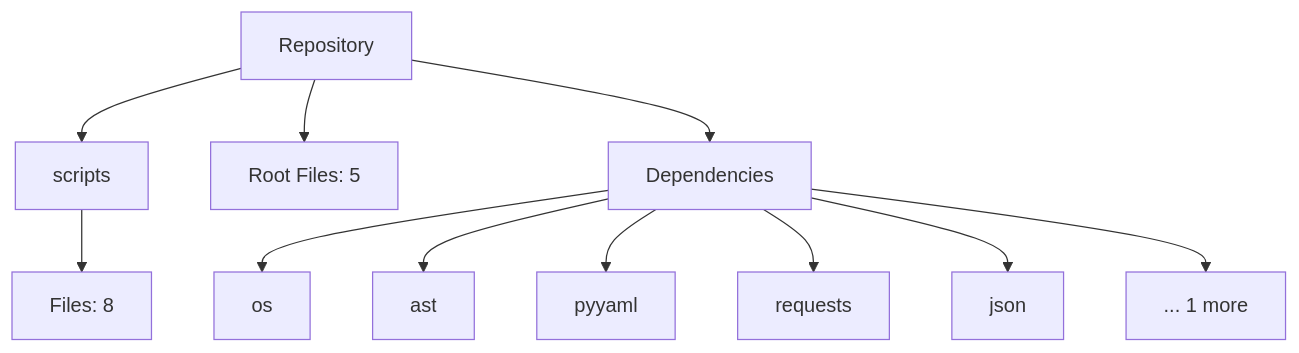
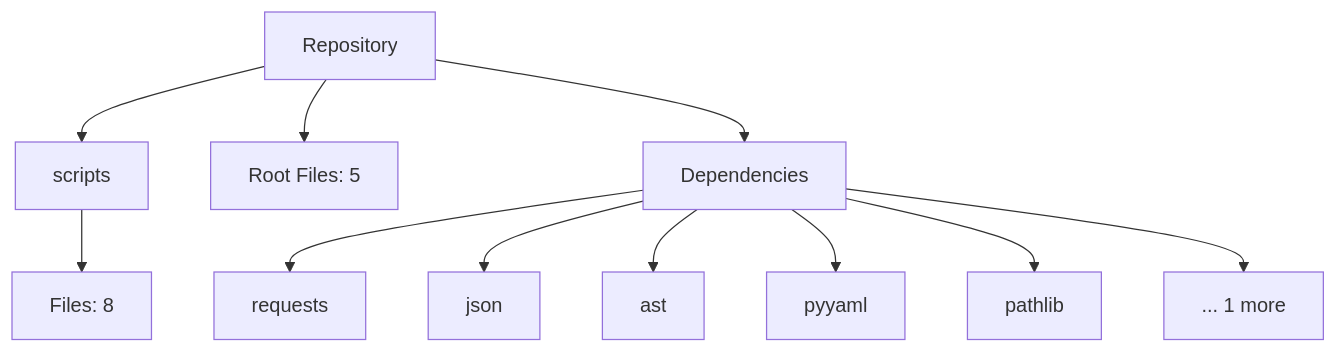
One commit to NITISH-R-G/Smart-Task-Tracker-macOS-Dark-Edition- changed the diagram in README.md. Above: the diagram before and after it, drawn with Mermaid. The commit also changed 4 other files, not shown here.

Commit message:
docs(auto): Automatically update repository architecture and README

````diff
--- a/README.md
+++ b/README.md
@@ -17,15 +17,15 @@
 ```mermaid
 graph TD
     Root[Repository]
     Root --> scripts[scripts]
     scripts --> scripts_files[Files: 8]
     Root --> Root_files[Root Files: 5]
     Root --> Deps[Dependencies]
-    Deps --> os[os]
+    Deps --> requests[requests]
+    Deps --> json[json]
     Deps --> ast[ast]
     Deps --> pyyaml[pyyaml]
-    Deps --> requests[requests]
-    Deps --> json[json]
+    Deps --> pathlib[pathlib]
     Deps --> MoreDeps[... 1 more]
 
 ```
````
